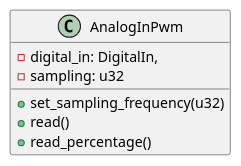
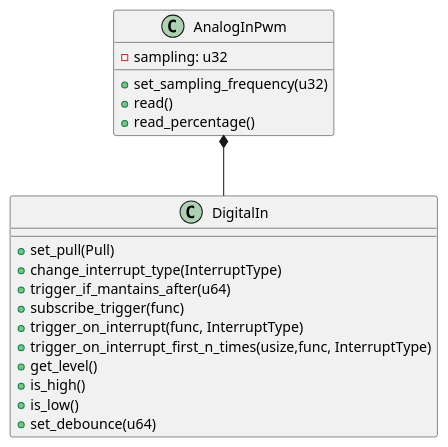
Before and after one commit to esp32framework/esp32framework: the diagram in diagrams/analog_in_pwm.puml, drawn with PlantUML.

Commit message:
Analog in diagram update

```diff
--- a/diagrams/analog_in_pwm.puml
+++ b/diagrams/analog_in_pwm.puml
@@ -1,10 +1,23 @@
 @startuml analog_in_pwm
 class AnalogInPwm {
-    -digital_in: DigitalIn,
     -sampling: u32
     +set_sampling_frequency(u32)
     +read()
     +read_percentage()
 }
 
+class DigitalIn{
+    + set_pull(Pull)
+    + change_interrupt_type(InterruptType)
+    + trigger_if_mantains_after(u64)
+    + subscribe_trigger(func)
+    + trigger_on_interrupt(func, InterruptType)
+    + trigger_on_interrupt_first_n_times(usize,func, InterruptType)
+    + get_level()
+    + is_high()
+    + is_low()
+    + set_debounce(u64)
+}
+
+AnalogInPwm *-- DigitalIn
 @enduml
```
